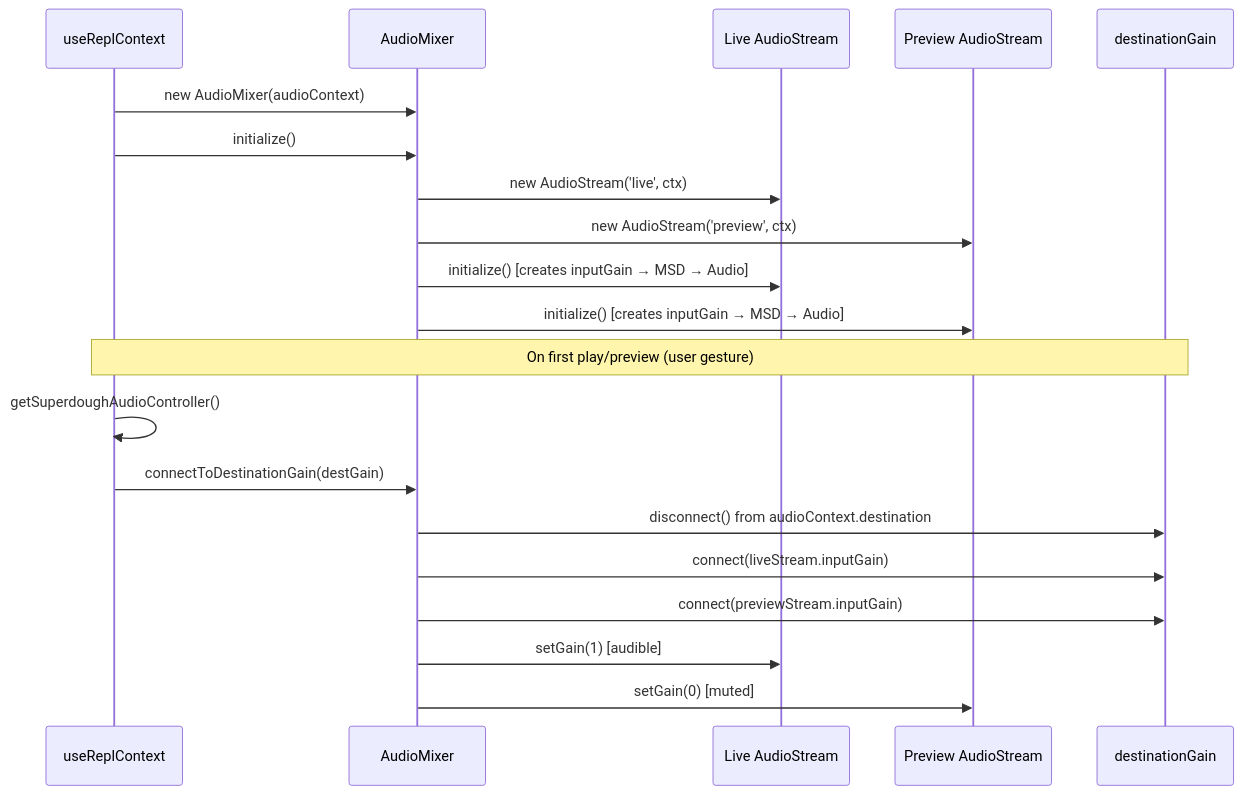
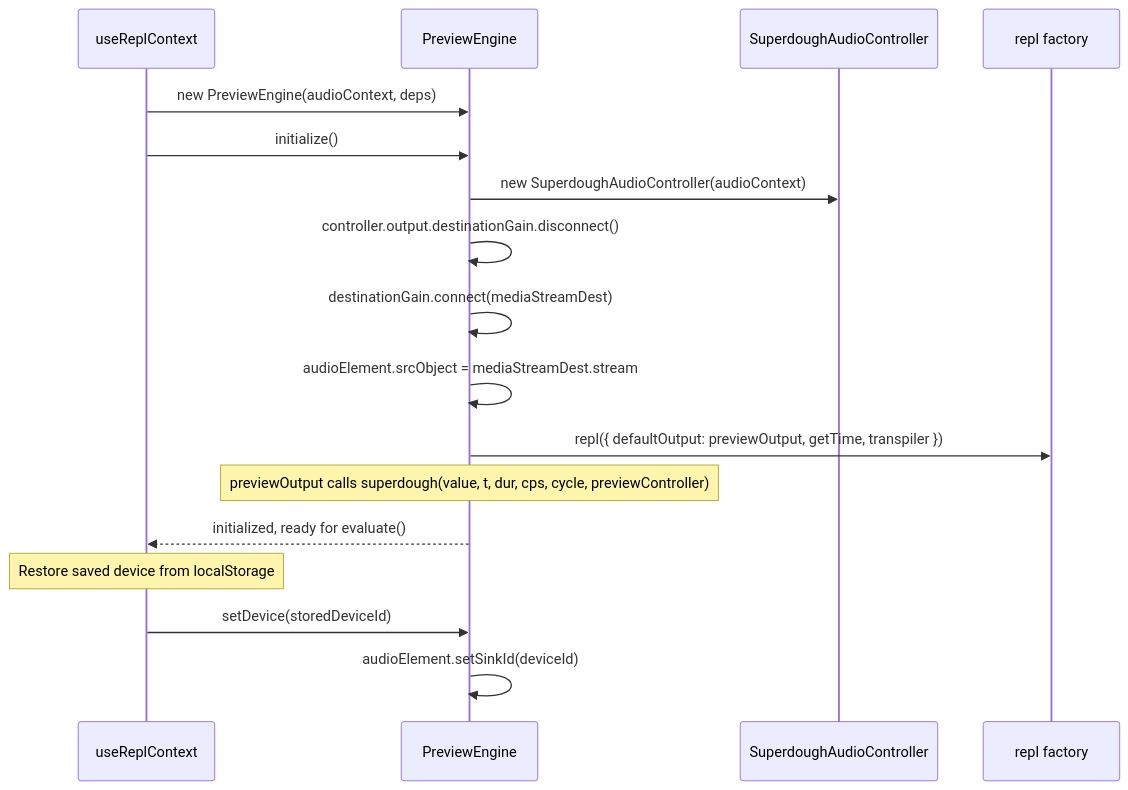
Before and after one commit to dygy/strudel-client: the second of 3 diagrams in .kiro/specs/audio-mixer-preview/design.md, drawn with Mermaid. The commit also changed other lines of this file and 19 other files, not shown here.

````diff
--- a/.kiro/specs/audio-mixer-preview/design.md
+++ b/.kiro/specs/audio-mixer-preview/design.md
@@ -39,24 +37,21 @@
 ```mermaid
 sequenceDiagram
     participant UC as useReplContext
-    participant AM as AudioMixer
-    participant LS as Live AudioStream
-    participant PS as Preview AudioStream
-    participant DG as destinationGain
+    participant PE as PreviewEngine
+    participant SAC as SuperdoughAudioController
+    participant R as repl factory
 
-    UC->>AM: new AudioMixer(audioContext)
-    UC->>AM: initialize()
-    AM->>LS: new AudioStream('live', ctx)
-    AM->>PS: new AudioStream('preview', ctx)
-    AM->>LS: initialize() [creates inputGain → MSD → Audio]
-    AM->>PS: initialize() [creates inputGain → MSD → Audio]
+    UC->>PE: new PreviewEngine(audioContext, deps)
+    UC->>PE: initialize()
+    PE->>SAC: new SuperdoughAudioController(audioContext)
+    PE->>PE: controller.output.destinationGain.disconnect()
+    PE->>PE: destinationGain.connect(mediaStreamDest)
+    PE->>PE: audioElement.srcObject = mediaStreamDest.stream
+    PE->>R: repl({ defaultOutput: previewOutput, getTime, transpiler })
+    Note over PE: previewOutput calls superdough(value, t, dur, cps, cycle, previewController)
+    PE-->>UC: initialized, ready for evaluate()
     
-    Note over UC,DG: On first play/preview (user gesture)
-    UC->>UC: getSuperdoughAudioController()
-    UC->>AM: connectToDestinationGain(destGain)
-    AM->>DG: disconnect() from audioContext.destination
-    AM->>DG: connect(liveStream.inputGain)
-    AM->>DG: connect(previewStream.inputGain)
-    AM->>LS: setGain(1) [audible]
-    AM->>PS: setGain(0) [muted]
+    Note over UC: Restore saved device from localStorage
+    UC->>PE: setDevice(storedDeviceId)
+    PE->>PE: audioElement.setSinkId(deviceId)
 ```
````
